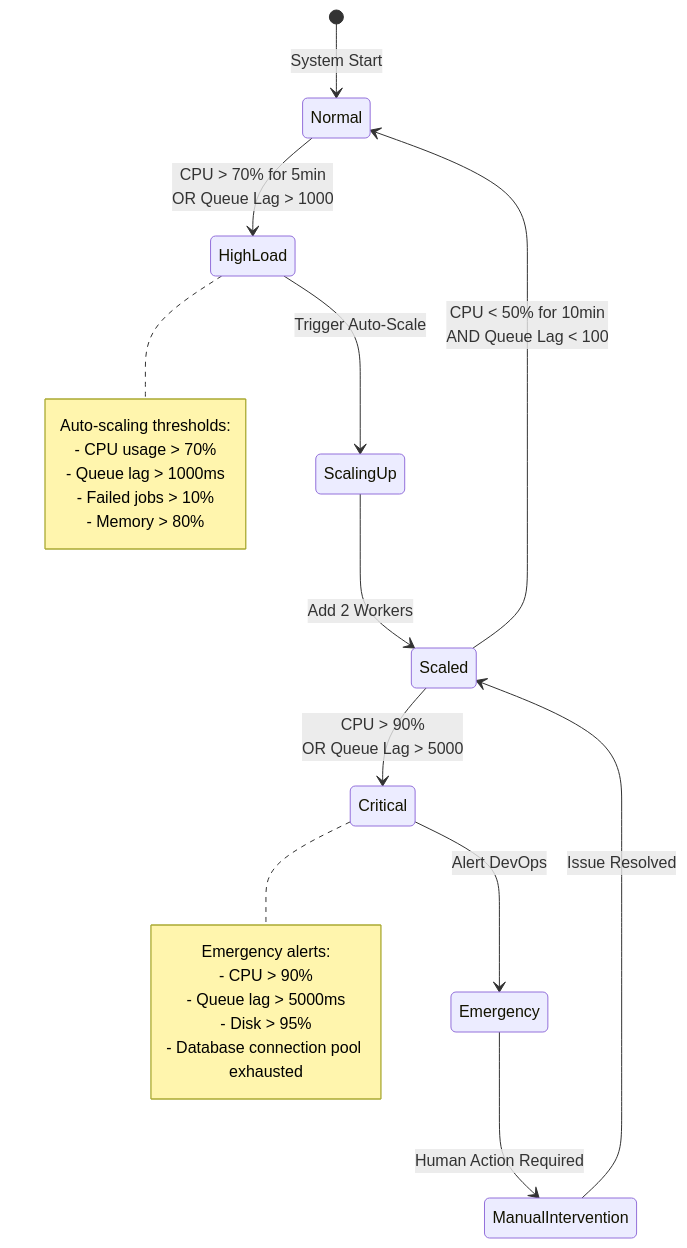
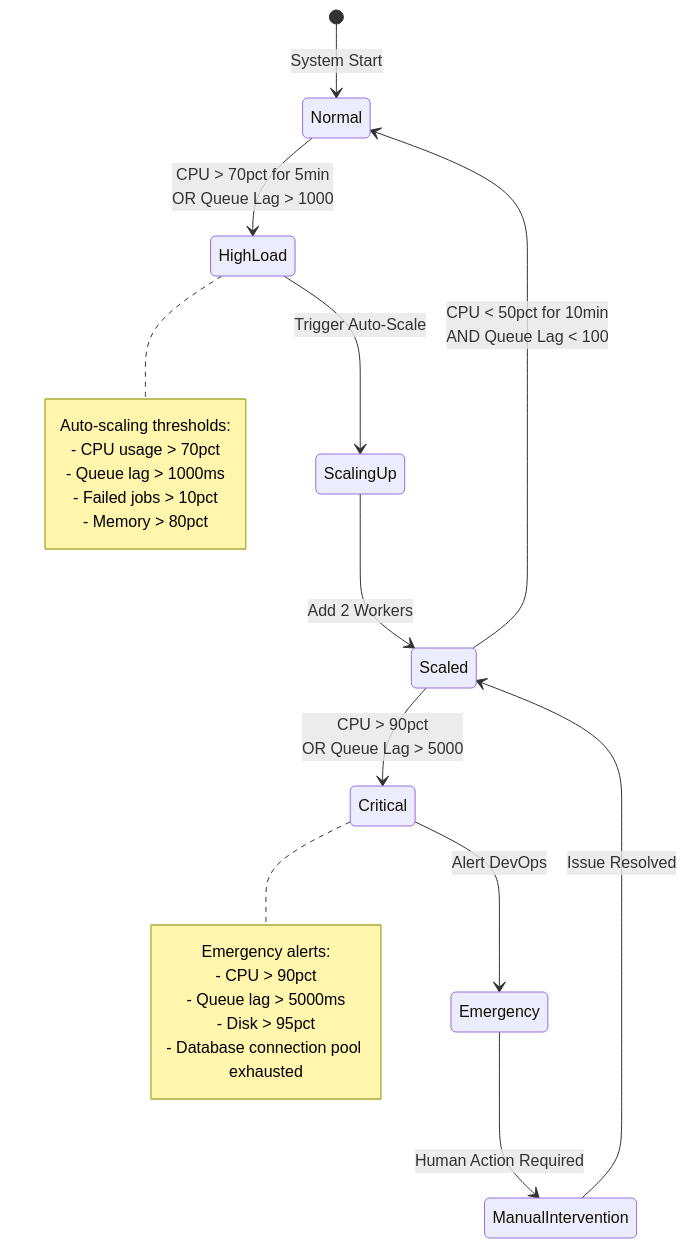
Before and after one commit to telemetryflow/telemetryflow-overview: diagram 50 of 54 in architecture/05-PERFORMANCE.md, drawn with Mermaid. The commit also changed other lines of this file and 68 other files, not shown here.

````diff
--- a/architecture/05-PERFORMANCE.md
+++ b/architecture/05-PERFORMANCE.md
@@ -1851,32 +1873,32 @@
 ```mermaid
 stateDiagram-v2
     [*] --> Normal: System Start
 
-    Normal --> HighLoad: CPU > 70% for 5min<br/>OR Queue Lag > 1000
+    Normal --> HighLoad: CPU > 70pct for 5min<br/>OR Queue Lag > 1000
     HighLoad --> ScalingUp: Trigger Auto-Scale
     ScalingUp --> Scaled: Add 2 Workers
 
-    Scaled --> Normal: CPU < 50% for 10min<br/>AND Queue Lag < 100
+    Scaled --> Normal: CPU < 50pct for 10min<br/>AND Queue Lag < 100
 
-    Scaled --> Critical: CPU > 90%<br/>OR Queue Lag > 5000
+    Scaled --> Critical: CPU > 90pct<br/>OR Queue Lag > 5000
     Critical --> Emergency: Alert DevOps
     Emergency --> ManualIntervention: Human Action Required
 
     ManualIntervention --> Scaled: Issue Resolved
 
     note right of HighLoad
         Auto-scaling thresholds:
-        - CPU usage > 70%
+        - CPU usage > 70pct
         - Queue lag > 1000ms
-        - Failed jobs > 10%
-        - Memory > 80%
+        - Failed jobs > 10pct
+        - Memory > 80pct
     end note
 
     note right of Critical
         Emergency alerts:
-        - CPU > 90%
+        - CPU > 90pct
         - Queue lag > 5000ms
-        - Disk > 95%
+        - Disk > 95pct
         - Database connection pool exhausted
     end note
 ```
````
